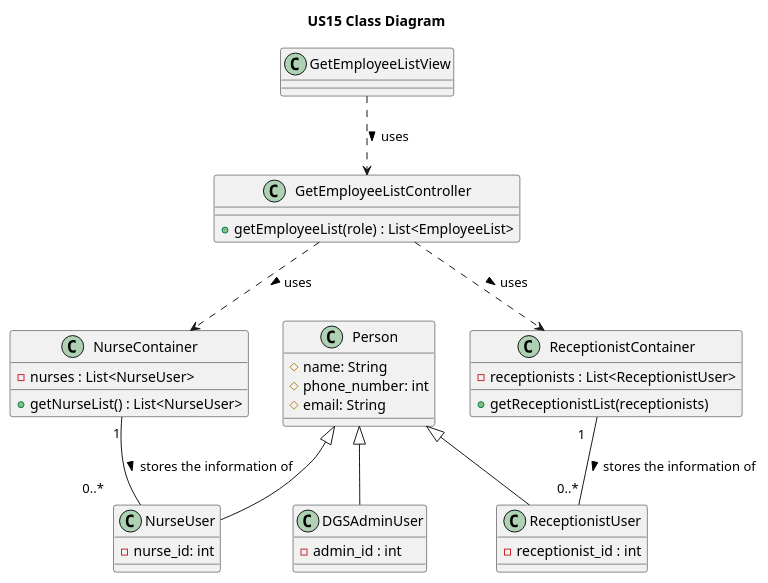
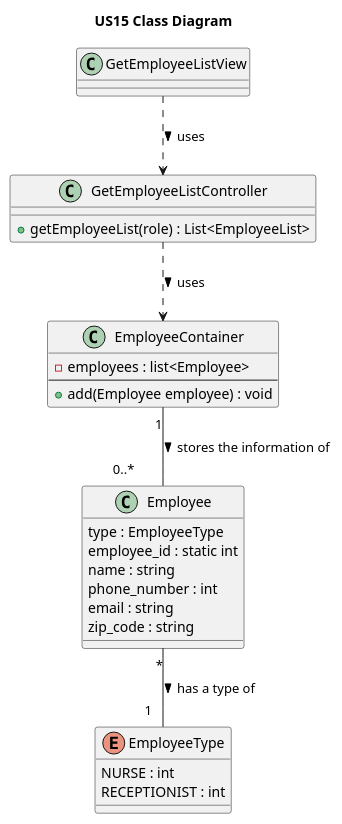
Before and after one commit to pedroguilherme-web/leti-esoft-25-26-A1: the diagram in docs/system-documentation/US15/puml/US15-CD.puml, drawn with PlantUML. The commit also changed 12 other files, not shown here.

Commit message:
Miguel e Lucas: - Adicionados os métodos getNurseList e getReceptionistList ao EmployeeContainer.h e EmployeeContainer.cpp e feitas pequenas alterações no Employee.h - Removido tudo sobre NurseContainer e ReceptionistContainer - Alteradas informações nas US14 e US15

```diff
--- a/docs/system-documentation/US15/puml/US15-CD.puml
+++ b/docs/system-documentation/US15/puml/US15-CD.puml
@@ -1,47 +1,38 @@
 @startuml
 'https://plantuml.com/class-diagram
 
 title US15 Class Diagram
 
 class GetEmployeeListView {
 }
 
 class GetEmployeeListController {
   + getEmployeeList(role) : List<EmployeeList>
 }
 
-class NurseContainer {
- - nurses : List<NurseUser>
- + getNurseList() : List<NurseUser>
+class EmployeeContainer {
+    - employees : list<Employee>
+    ---
+    + add(Employee employee) : void
 }
 
-class ReceptionistContainer {
- - receptionists : List<ReceptionistUser>
- + getReceptionistList(receptionists)
+
+enum EmployeeType  {
+    NURSE : int
+    RECEPTIONIST : int
 }
-
-class Person {
-  # name: String
-  # phone_number: int
-  # email: String
-}
-
-class ReceptionistUser extends Person {
-  - receptionist_id : int
-}
-
-class NurseUser extends Person{
-  - nurse_id: int
-}
-
-class DGSAdminUser extends Person {
-    - admin_id : int
+class Employee {
+    type : EmployeeType
+    employee_id : static int
+    name : string
+    phone_number : int
+    email : string
+    zip_code : string
 }
 
 GetEmployeeListView ..> GetEmployeeListController : "uses >"
-GetEmployeeListController ..> NurseContainer : "uses >"
-GetEmployeeListController ..> ReceptionistContainer : "uses >"
-NurseContainer "    1" -- "0..*        " NurseUser : "stores the information of >"
-ReceptionistContainer "1   " -- "0..*" ReceptionistUser : "stores the information of >"
+GetEmployeeListController ..> EmployeeContainer : "uses >"
+EmployeeContainer "    1" -- "0..*        "Employee : "stores the information of >"
+Employee "*" -- "1   "  EmployeeType: has a type of >
 
 @enduml
```
